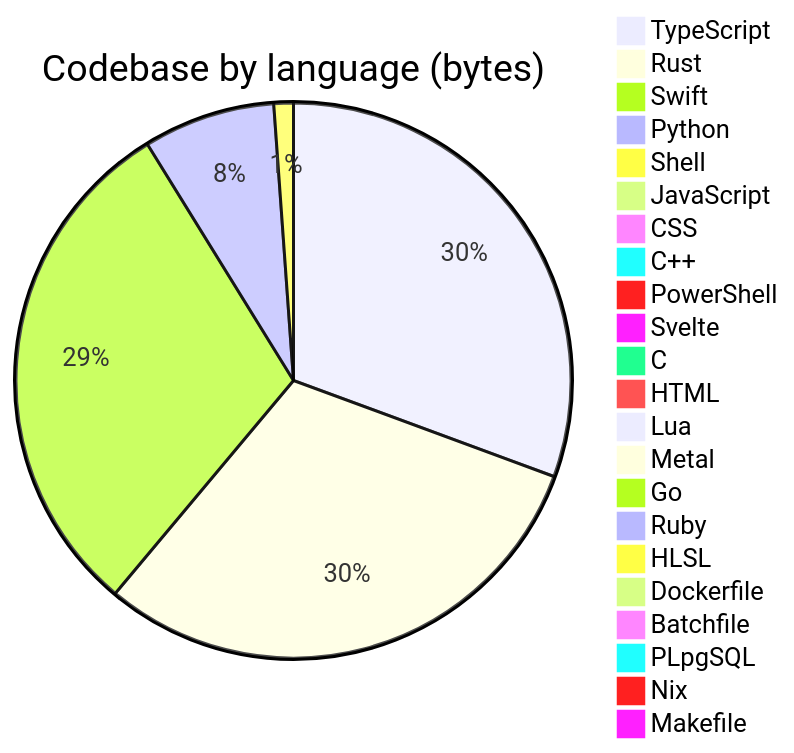
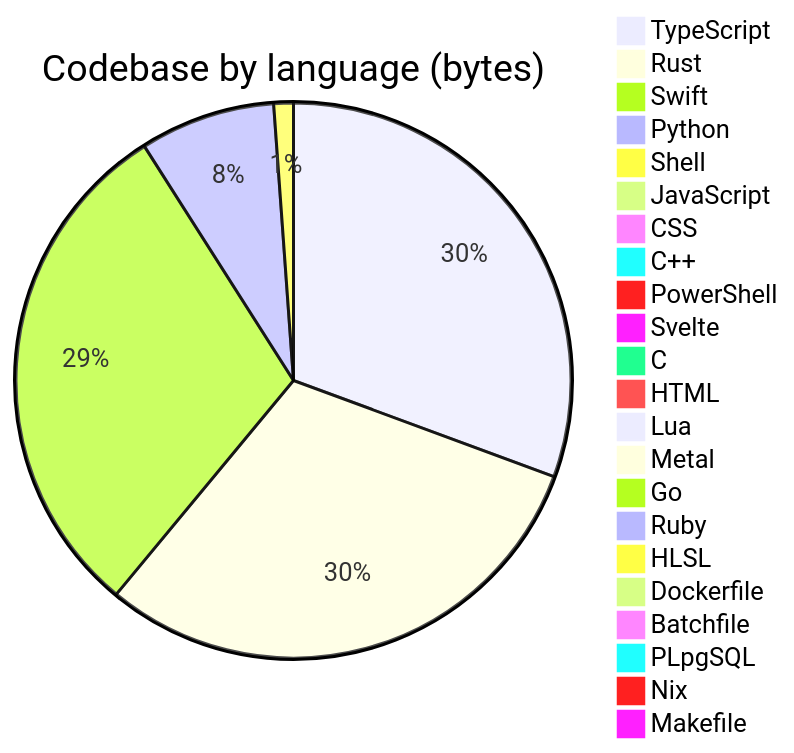
Before and after one commit to Open330/.github: the diagram in profile/README.md, drawn with Mermaid. The commit also changed other lines of this file and 1 other file, not shown here.

````diff
--- a/profile/README.md
+++ b/profile/README.md
@@ -139,25 +139,25 @@
 ```mermaid
 pie title Codebase by language (bytes)
-    "TypeScript" : 38876295
-    "Rust" : 38686400
-    "Swift" : 38209898
-    "Python" : 9743273
-    "Shell" : 1444189
-    "JavaScript" : 753214
-    "CSS" : 448652
+    "TypeScript" : 39050129
+    "Rust" : 38740782
+    "Swift" : 38202663
+    "Python" : 10045598
+    "Shell" : 1456181
+    "JavaScript" : 986245
+    "CSS" : 504737
     "C++" : 388775
     "PowerShell" : 333788
     "Svelte" : 275766
     "C" : 197825
-    "HTML" : 161390
+    "HTML" : 168440
     "Lua" : 48814
     "Metal" : 33192
     "Go" : 22811
     "Ruby" : 8992
     "HLSL" : 7527
     "Dockerfile" : 7454
     "Batchfile" : 5660
     "PLpgSQL" : 4339
     "Nix" : 3168
     "Makefile" : 1692
 ```
````
